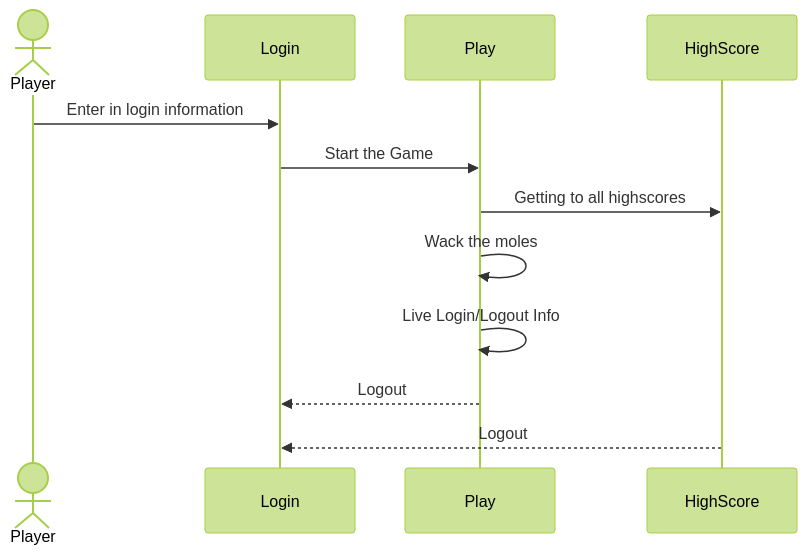
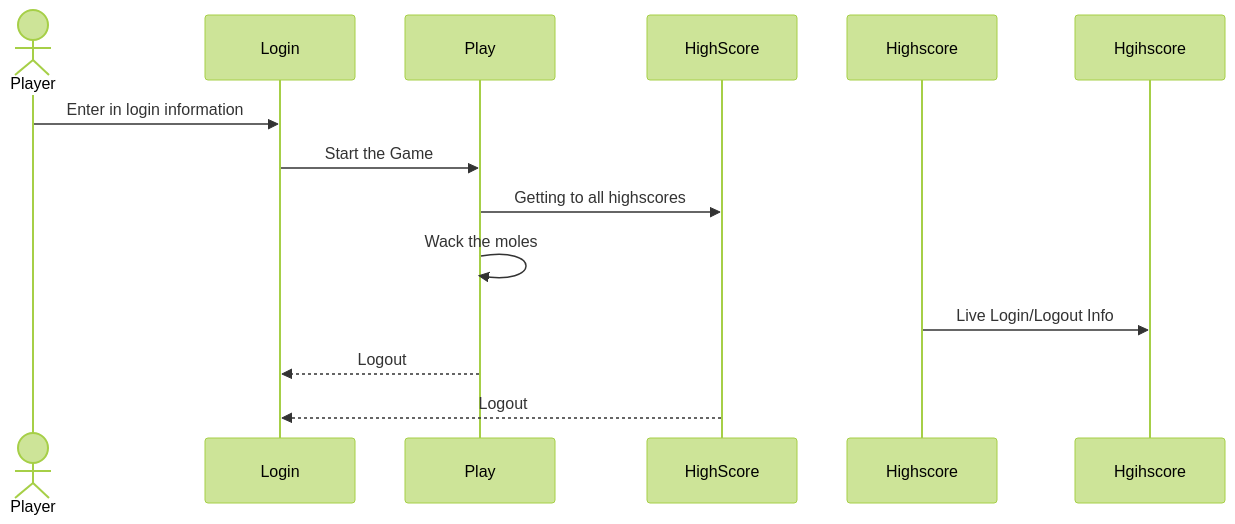
The diagram in README.md (ChloeWarner03/startup), drawn with Mermaid (forest theme) before and after one commit.

Commit message:
Update README.md
small changes

````diff
--- a/README.md
+++ b/README.md
@@ -34,11 +34,11 @@
 ```mermaid
 sequenceDiagram
     actor Player
     Player->>Login: Enter in login information
     Login ->>Play: Start the Game
     Play ->>HighScore: Getting to all highscores
     Play ->>Play: Wack the moles
-    Play ->>Play: Live Login/Logout Info
+    Highscore ->>Hgihscore: Live Login/Logout Info
     Play -->>Login: Logout
     HighScore -->>Login: Logout
 ```
````
